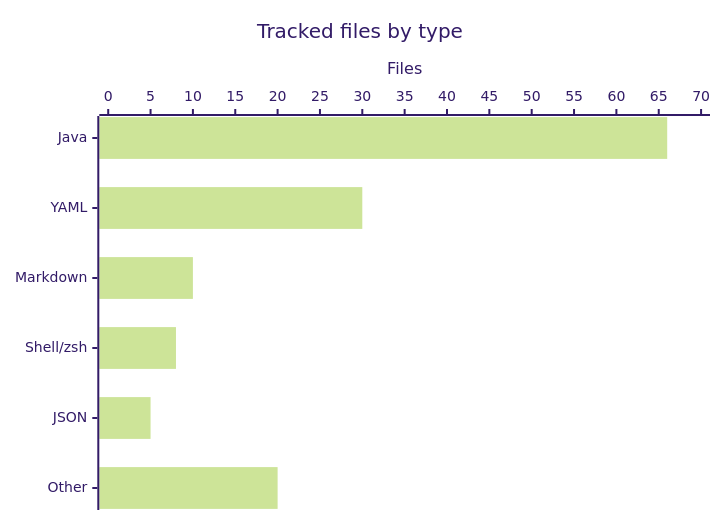
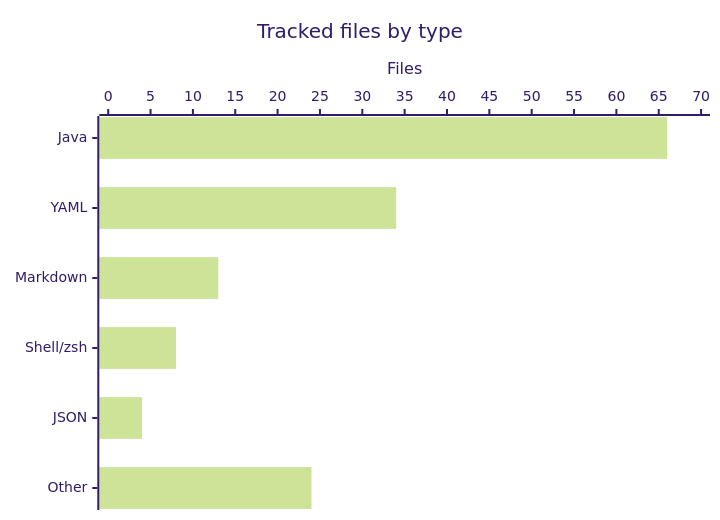
The fourth of 4 diagrams in droid-wiki/overview/architecture.md (factory-aj-pahl/mockingbird-bank), drawn with Mermaid (forest theme) before and after one commit. The commit also changed other lines of this file and 32 other files, not shown here.

````diff
--- a/droid-wiki/overview/architecture.md
+++ b/droid-wiki/overview/architecture.md
@@ -95,7 +95,7 @@
 ```mermaid
 xychart-beta horizontal
     title "Tracked files by type"
     x-axis ["Java", "YAML", "Markdown", "Shell/zsh", "JSON", "Other"]
     y-axis "Files" 0 --> 70
-    bar [66, 30, 10, 8, 5, 20]
+    bar [66, 34, 13, 8, 4, 24]
 ```
````
